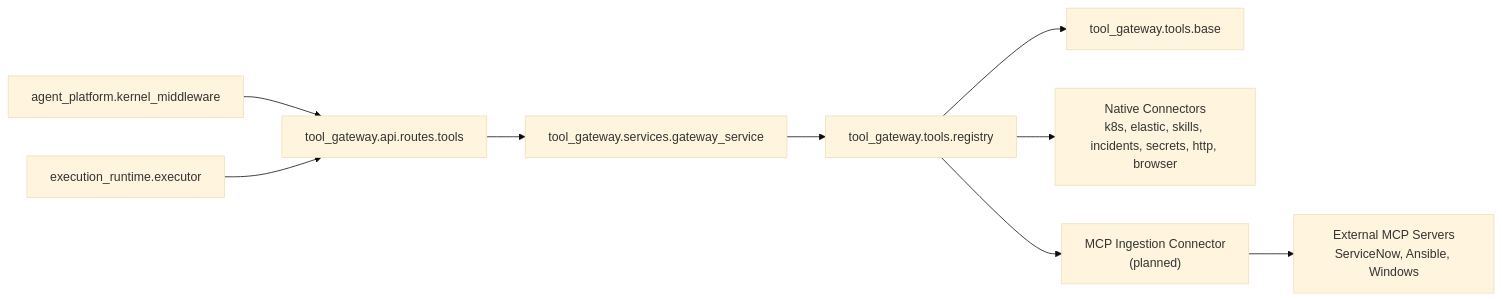
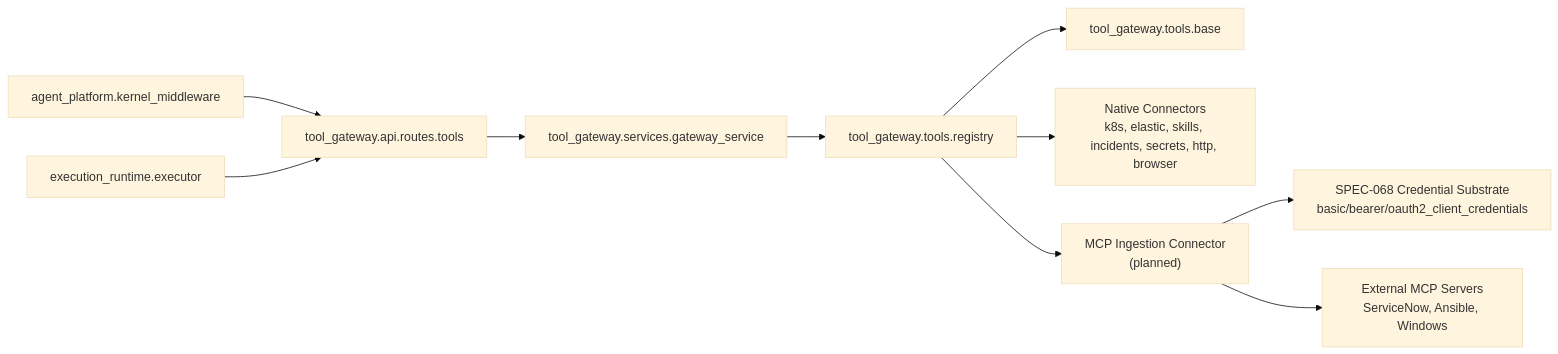
One commit to alainlei/luban-aiops changed the sixth of 6 diagrams in .qoder/repowiki/en/content/Operator Portal/Workspace Management/MCP Ingestion Strategy.md. Above: the diagram before and after it, drawn with Mermaid (base theme). The commit also changed other lines of this file and 146 other files, not shown here.

````diff
--- a/.qoder/repowiki/en/content/Operator Portal/Workspace Management/MCP Ingestion Strategy.md
+++ b/.qoder/repowiki/en/content/Operator Portal/Workspace Management/MCP Ingestion Strategy.md
@@ -384,11 +419,12 @@
 ```mermaid
 graph LR
 Kernel["agent_platform.kernel_middleware"] --> GatewayRoutes["tool_gateway.api.routes.tools"]
 Executor["execution_runtime.executor"] --> GatewayRoutes
 GatewayRoutes --> GatewayService["tool_gateway.services.gateway_service"]
 GatewayService --> Registry["tool_gateway.tools.registry"]
 Registry --> Base["tool_gateway.tools.base"]
 Registry --> NativeConnectors["Native Connectors<br/>k8s, elastic, skills, incidents, secrets, http, browser"]
 Registry --> MCPConnector["MCP Ingestion Connector<br/>(planned)"]
+MCPConnector --> CredSubstrate["SPEC-068 Credential Substrate<br/>basic/bearer/oauth2_client_credentials"]
 MCPConnector --> ExternalServers["External MCP Servers<br/>ServiceNow, Ansible, Windows"]
 ```
````
